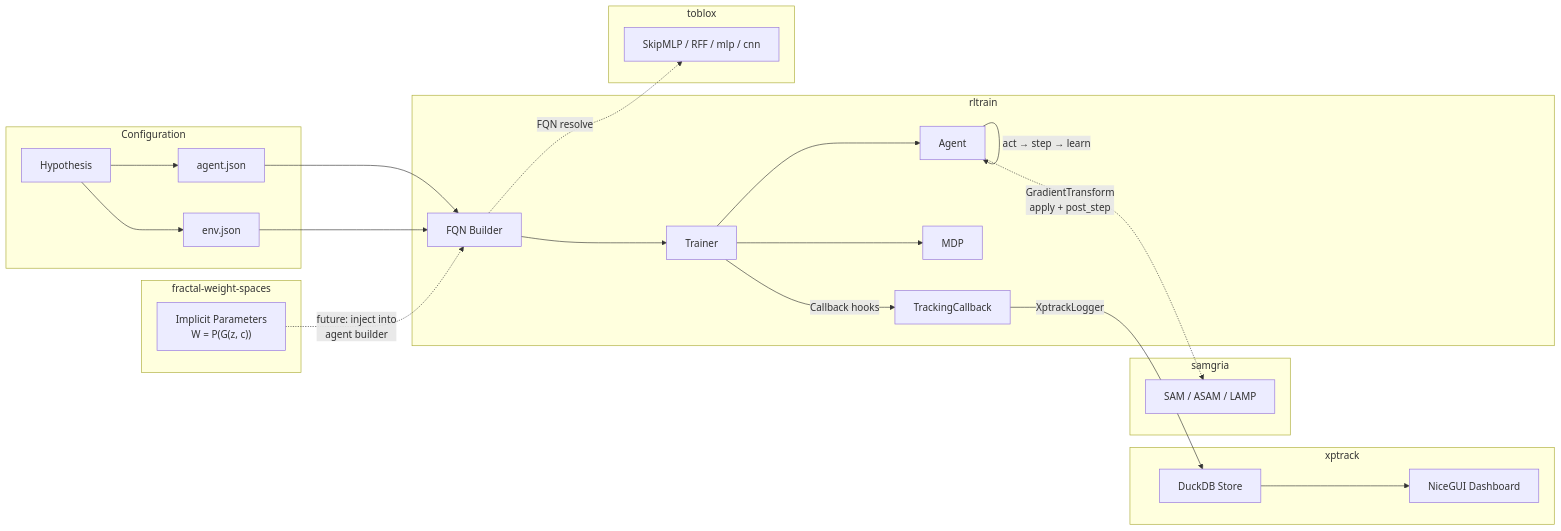
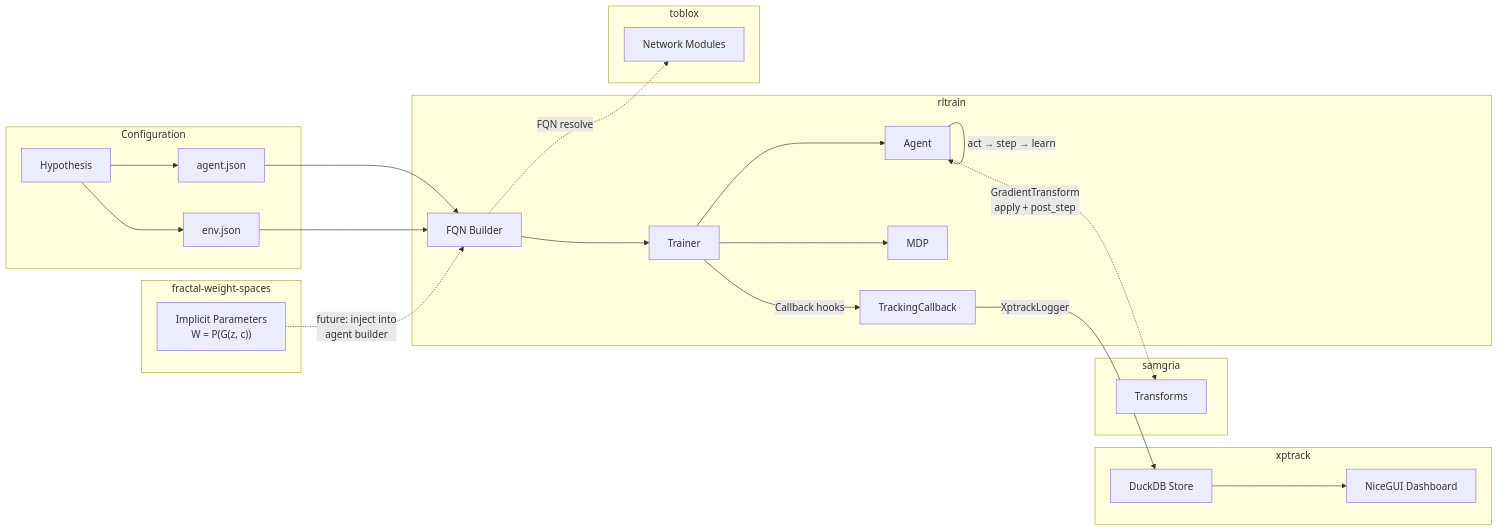
Before and after one commit to DarkbyteAT/rltrain: the diagram in docs/ecosystem.md, drawn with Mermaid. The commit also changed other lines of this file, not shown here.

Commit message:
Address review feedback: remove hardcoded impl lists from Mermaid
Replace specific class names (SAM/ASAM/LAMP, SkipMLP/RFF/mlp/cnn) in
Mermaid diagram nodes with protocol-level labels (Transforms, Network
Modules) so new implementations slot in without updating the diagram.

````diff
--- a/docs/ecosystem.md
+++ b/docs/ecosystem.md
@@ -18,34 +18,34 @@
 ```mermaid
 graph LR
     subgraph Configuration
         H["Hypothesis"] --> AC["agent.json"]
         H --> EC["env.json"]
     end
 
     subgraph rltrain
         AC --> B["FQN Builder"]
         EC --> B
         B --> TR["Trainer"]
         TR --> A["Agent"]
         TR --> E["MDP"]
         A -->|"act → step → learn"| A
         TR -->|"Callback hooks"| TC["TrackingCallback"]
     end
 
     subgraph samgria
-        A -.->|"GradientTransform\napply + post_step"| GT["SAM / ASAM / LAMP"]
+        A -.->|"GradientTransform\napply + post_step"| GT["Transforms"]
     end
 
     subgraph toblox
-        B -.->|"FQN resolve"| NN["SkipMLP / RFF / mlp / cnn"]
+        B -.->|"FQN resolve"| NN["Network Modules"]
     end
 
     subgraph xptrack
         TC -->|"XptrackLogger"| XP["DuckDB Store"]
         XP --> D["NiceGUI Dashboard"]
     end
 
     subgraph fractal-weight-spaces
         FWS["Implicit Parameters\nW = P(G(z, c))"] -.->|"future: inject into\nagent builder"| B
     end
 ```
````
